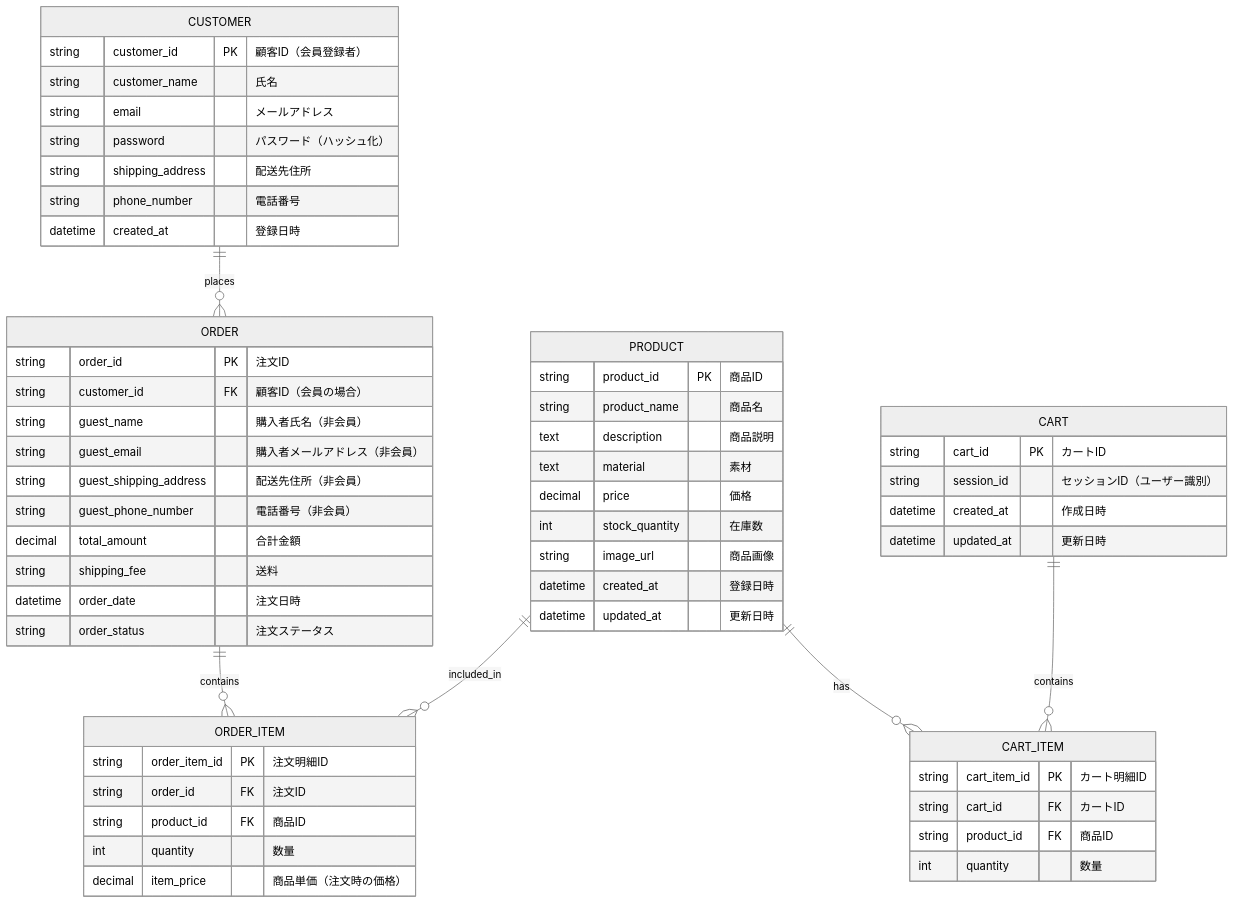
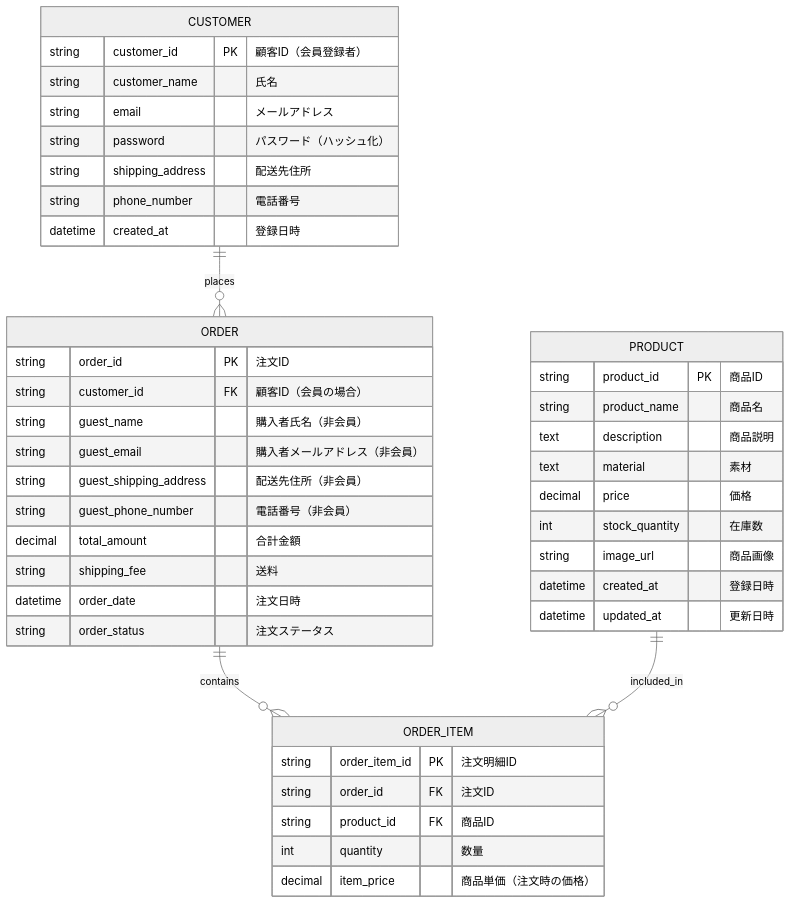
Before and after one commit to ainaga09/ACE: diagram 15 of 20 in 詳細設計/詳細設計書.md, drawn with Mermaid (neutral theme). The commit also changed other lines of this file and 1 other file, not shown here.

```diff
--- a/詳細設計/詳細設計書.md
+++ b/詳細設計/詳細設計書.md
@@ -1601,68 +1491,55 @@
 <div class="mermaid">
 erDiagram
     CUSTOMER ||--o{ ORDER : "places"
     ORDER ||--o{ ORDER_ITEM : "contains"
     PRODUCT ||--o{ ORDER_ITEM : "included_in"
-    PRODUCT ||--o{ CART_ITEM : "has"
-    CART ||--o{ CART_ITEM : "contains"
+
     
     CUSTOMER {
         string customer_id PK "顧客ID（会員登録者）"
         string customer_name "氏名"
         string email "メールアドレス"
         string password "パスワード（ハッシュ化）"
         string shipping_address "配送先住所"
         string phone_number "電話番号"
         datetime created_at "登録日時"
     }
 
     PRODUCT {
         string product_id PK "商品ID"
         string product_name "商品名"
         text description "商品説明"
         text material "素材"
         decimal price "価格"
         int stock_quantity "在庫数"
         string image_url "商品画像"
         datetime created_at "登録日時"
         datetime updated_at "更新日時"
         
     }
 
     
 
     ORDER {
         string order_id PK "注文ID"
         string customer_id FK "顧客ID（会員の場合）" 
         string guest_name "購入者氏名（非会員）"
         string guest_email "購入者メールアドレス（非会員）"
         string guest_shipping_address "配送先住所（非会員）"
         string guest_phone_number "電話番号（非会員）"
         decimal total_amount "合計金額"
         string shipping_fee "送料"
         datetime order_date "注文日時"
         string order_status "注文ステータス"
     }
 
     ORDER_ITEM {
         string order_item_id PK "注文明細ID"
         string order_id FK "注文ID"
         string product_id FK "商品ID"
         int quantity "数量"
         decimal item_price "商品単価（注文時の価格）"
     }
 
-    CART {
-        string cart_id PK "カートID"
-        string session_id "セッションID（ユーザー識別）"
-        datetime created_at "作成日時"
-        datetime updated_at "更新日時"
-    }
 
-    CART_ITEM {
-        string cart_item_id PK "カート明細ID"
-        string cart_id FK "カートID"
-        string product_id FK "商品ID"
-        int quantity "数量"
-    }
 </div>
```
